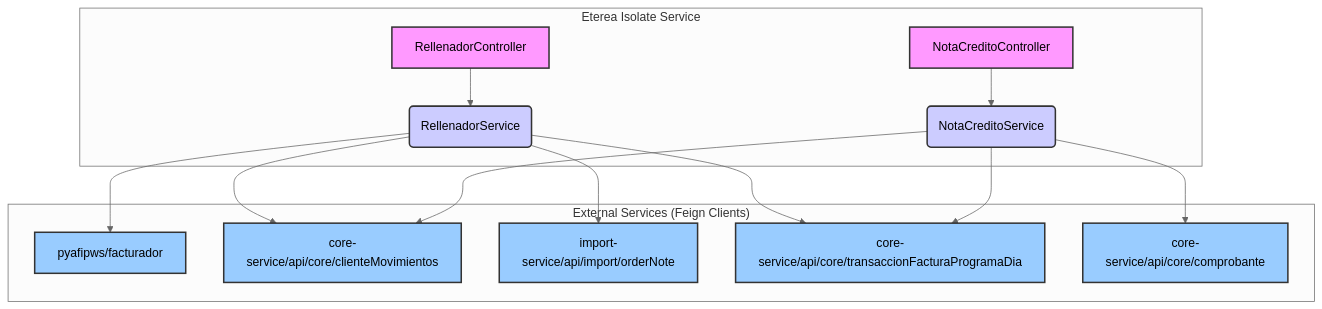
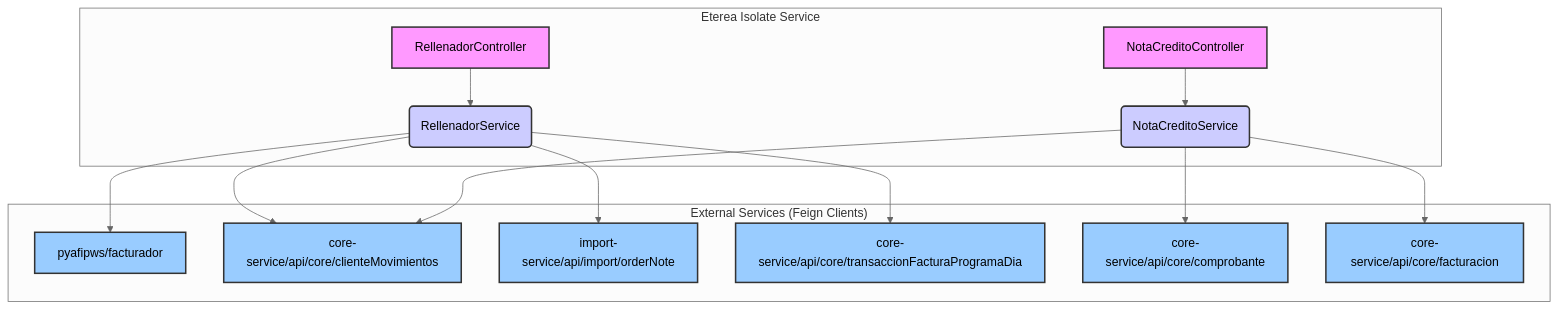
Before and after one commit to ETEREA-services/ETEREA.isolate-service: the diagram in docs/diagrams/architecture.mmd, drawn with Mermaid (neutral theme). The commit also changed 5 other files, not shown here.

```diff
--- a/docs/diagrams/architecture.mmd
+++ b/docs/diagrams/architecture.mmd
@@ -1,31 +1,33 @@
 graph TD
     subgraph "Eterea Isolate Service"
         A[RellenadorController] --> B(RellenadorService)
         G[NotaCreditoController] --> H(NotaCreditoService)
     end
 
     subgraph "External Services (Feign Clients)"
         C[pyafipws/facturador]
         D[core-service/api/core/clienteMovimientos]
         E[import-service/api/import/orderNote]
         F[core-service/api/core/transaccionFacturaProgramaDia]
         I[core-service/api/core/comprobante]
+        J[core-service/api/core/facturacion]
     end
 
     B --> C
     B --> D
     B --> E
     B --> F
     H --> D
     H --> I
-    H --> F
+    H --> J
 
     style A fill:#f9f,stroke:#333,stroke-width:2px
     style B fill:#ccf,stroke:#333,stroke-width:2px
     style G fill:#f9f,stroke:#333,stroke-width:2px
     style H fill:#ccf,stroke:#333,stroke-width:2px
     style C fill:#9cf,stroke:#333,stroke-width:2px
     style D fill:#9cf,stroke:#333,stroke-width:2px
     style E fill:#9cf,stroke:#333,stroke-width:2px
     style F fill:#9cf,stroke:#333,stroke-width:2px
     style I fill:#9cf,stroke:#333,stroke-width:2px
+    style J fill:#9cf,stroke:#333,stroke-width:2px
```
